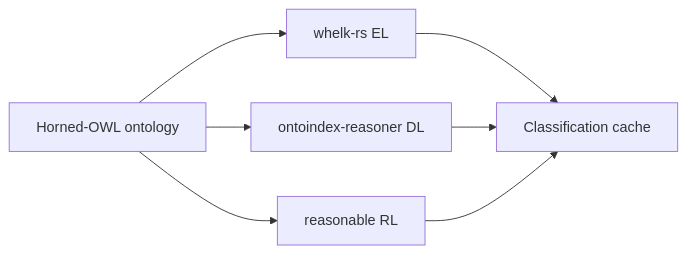
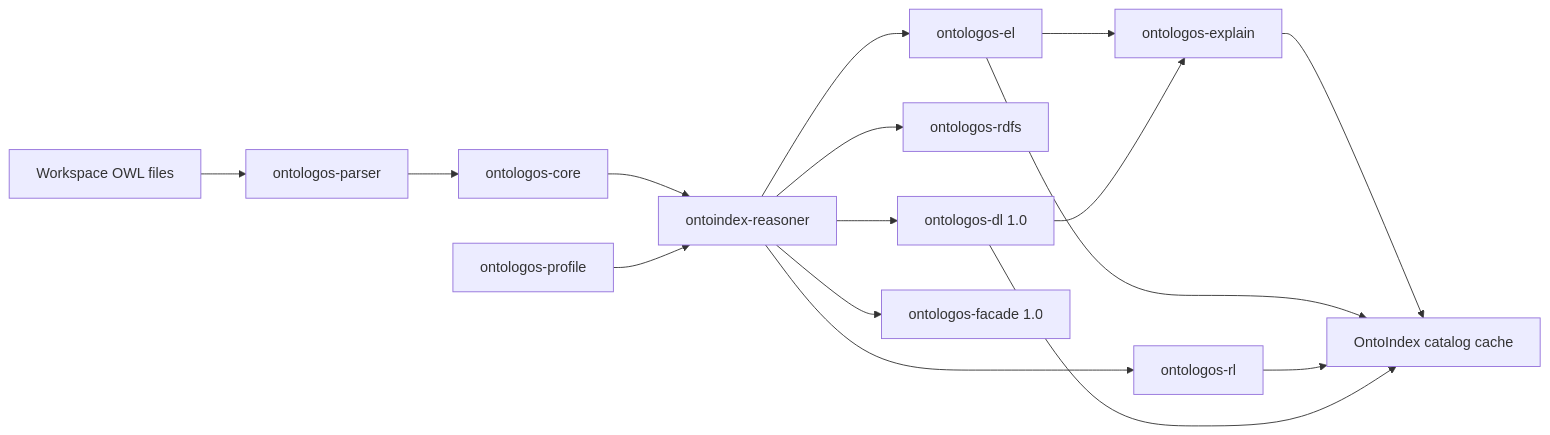
One commit to eddiethedean/ontocode changed the diagram in docs/design/REASONER_SPEC.md. Above: the diagram before and after it, drawn with Mermaid. The commit also changed other lines of this file and 14 other files, not shown here.

First line of the commit message:
Adopt OntoLogos as the reasoner backend in product plans.

````diff
--- a/docs/design/REASONER_SPEC.md
+++ b/docs/design/REASONER_SPEC.md
@@ -85,13 +93,29 @@
 ```mermaid
 flowchart LR
-    horned[Horned-OWL ontology]
-    whelk[whelk-rs EL]
-    dl[ontoindex-reasoner DL]
-    reasonable[reasonable RL]
-    horned --> whelk
-    horned --> dl
-    horned --> reasonable
-    whelk --> catalog[Classification cache]
+    files[Workspace OWL files]
+  ontoindex[ontoindex-reasoner]
+    ol_parser[ontologos-parser]
+    ol_core[ontologos-core]
+    profile[ontologos-profile]
+    el[ontologos-el]
+    rl[ontologos-rl]
+    rdfs[ontologos-rdfs]
+    dl[ontologos-dl 1.0]
+    facade[ontologos-facade 1.0]
+    explain[ontologos-explain]
+    catalog[OntoIndex catalog cache]
+    files --> ol_parser --> ol_core
+    ol_core --> ontoindex
+    profile --> ontoindex
+    ontoindex --> el
+    ontoindex --> rl
+    ontoindex --> rdfs
+    ontoindex --> dl
+    ontoindex --> facade
+    el --> explain
+    dl --> explain
+    explain --> catalog
+    el --> catalog
+    rl --> catalog
     dl --> catalog
-    reasonable --> catalog
 ```
````
